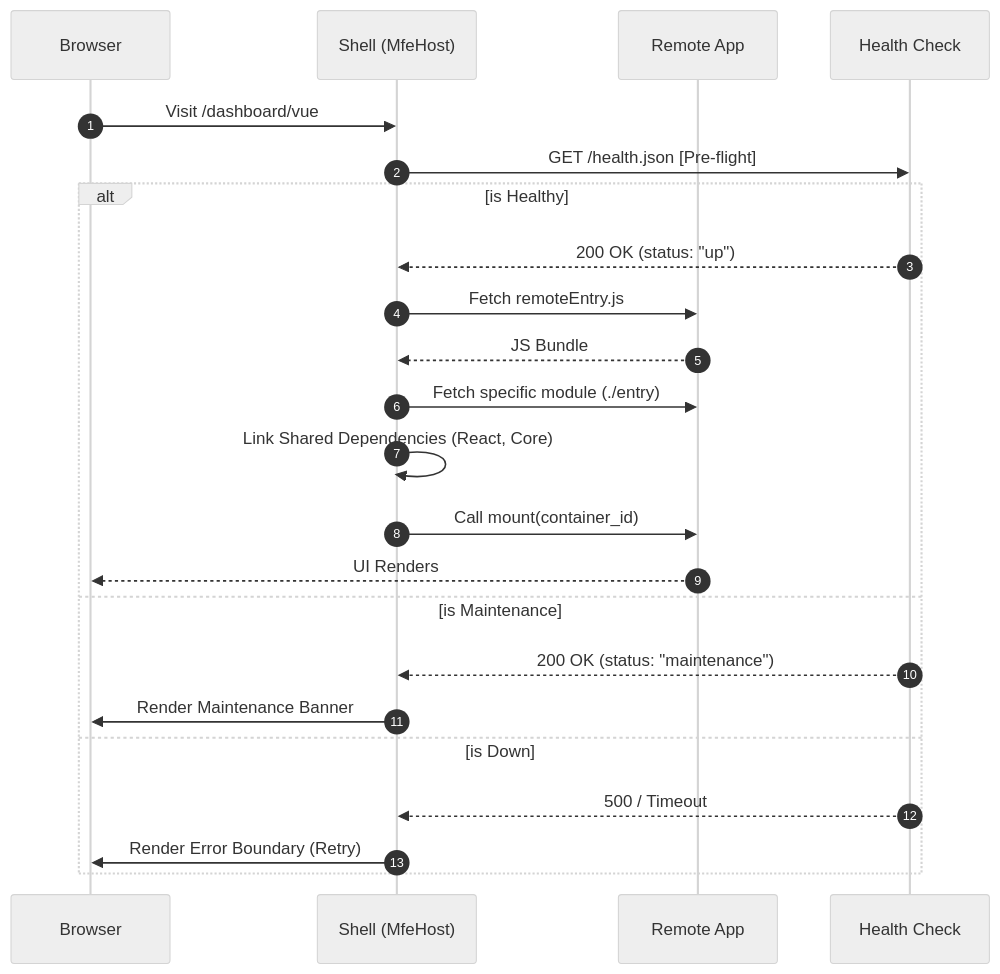
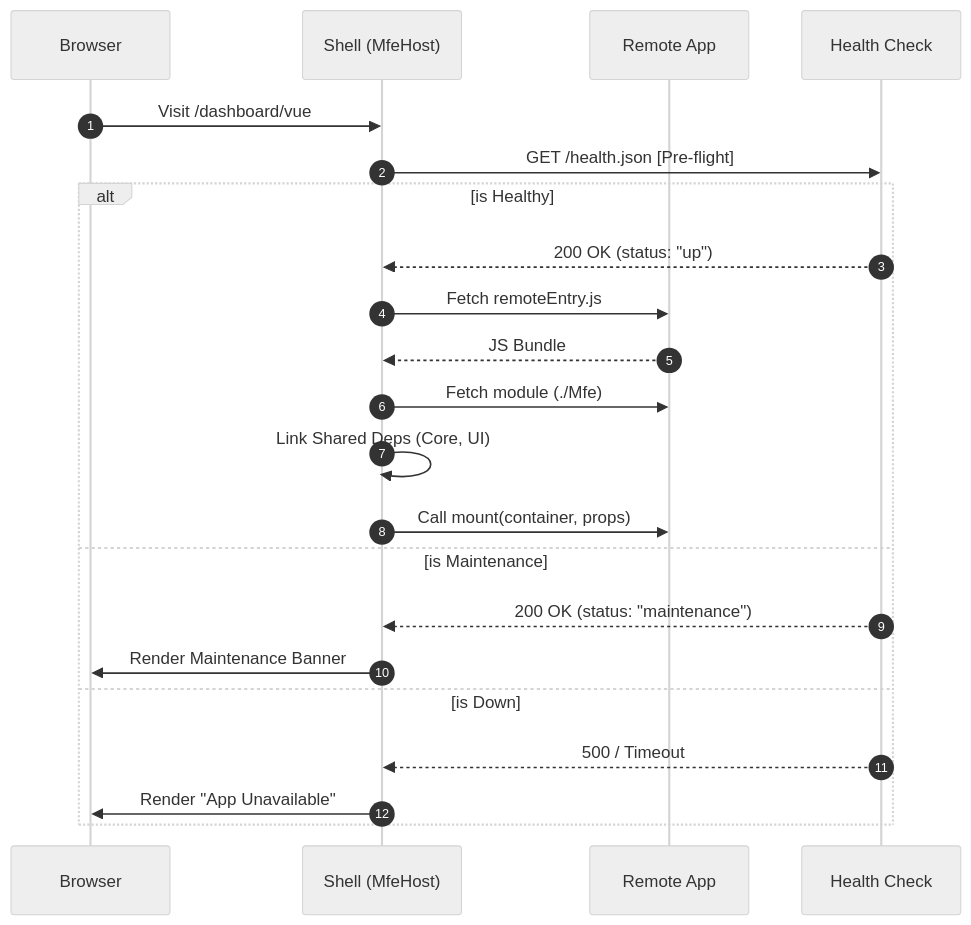
Before and after one commit to tian972k/micro-fontend-base: the second of 8 diagrams in docs/ARCHITECTURE.md, drawn with Mermaid (neutral theme). The commit also changed other lines of this file and 15 other files, not shown here.

Commit message:
fix: add @types/node dependencies and fix yarn to pnpm in app-nextjs

````diff
--- a/docs/ARCHITECTURE.md
+++ b/docs/ARCHITECTURE.md
@@ -69,27 +75,26 @@
 ```mermaid
 sequenceDiagram
     autonumber
     participant Browser
     participant Shell as Shell (MfeHost)
     participant Remote as Remote App
     participant Health as Health Check
 
     Browser->>Shell: Visit /dashboard/vue
     Shell->>Health: GET /health.json [Pre-flight]
 
     alt is Healthy
         Health-->>Shell: 200 OK (status: "up")
         Shell->>Remote: Fetch remoteEntry.js
         Remote-->>Shell: JS Bundle
-        Shell->>Remote: Fetch specific module (./entry)
-        Shell->>Shell: Link Shared Dependencies (React, Core)
-        Shell->>Remote: Call mount(container_id)
-        Remote-->>Browser: UI Renders
+        Shell->>Remote: Fetch module (./Mfe)
+        Shell->>Shell: Link Shared Deps (Core, UI)
+        Shell->>Remote: Call mount(container, props)
     else is Maintenance
         Health-->>Shell: 200 OK (status: "maintenance")
         Shell->>Browser: Render Maintenance Banner
     else is Down
         Health-->>Shell: 500 / Timeout
-        Shell->>Browser: Render Error Boundary (Retry)
+        Shell->>Browser: Render "App Unavailable"
     end
 ```
````
